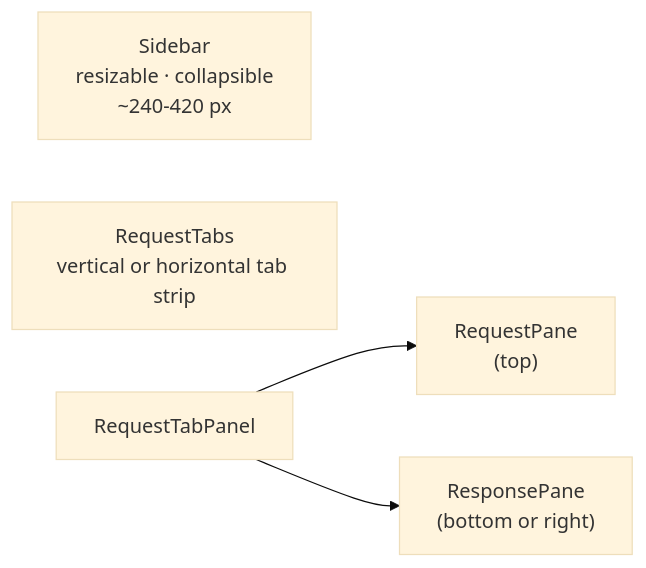
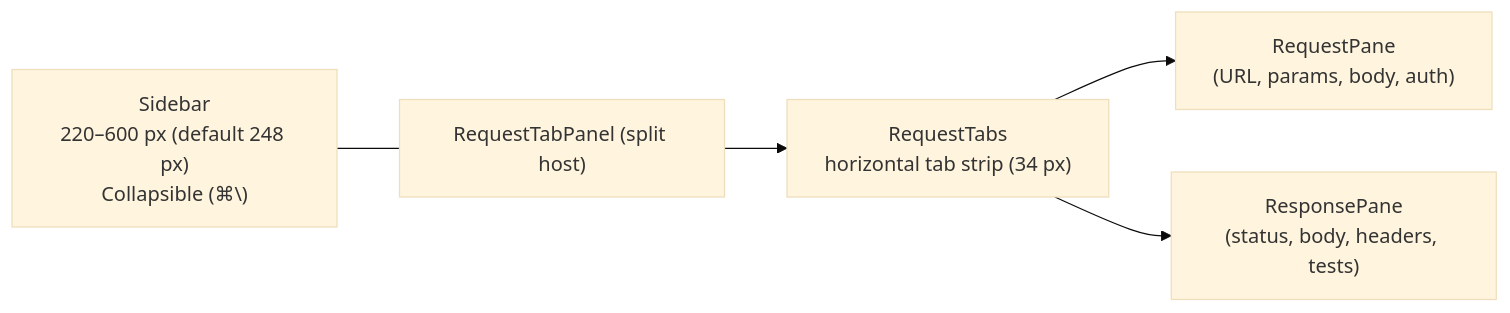
Before and after one commit to heisdezz/fearless: the diagram in docs/ui/application-layout.md, drawn with Mermaid (base theme). The commit also changed other lines of this file and 68 other files, not shown here.

````diff
--- a/docs/ui/application-layout.md
+++ b/docs/ui/application-layout.md
@@ -35,8 +76,13 @@
 ```mermaid
 flowchart LR
-    Sidebar["Sidebar<br/>resizable · collapsible<br/>~240-420 px"]
-    Tabs["RequestTabs<br/>vertical or horizontal tab strip"]
-    Panel["RequestTabPanel"]
-    Panel --> Req["RequestPane<br/>(top)"]
-    Panel --> Resp["ResponsePane<br/>(bottom or right)"]
+    Sidebar["Sidebar<br/>220–600 px (default 248 px)<br/>Collapsible (⌘\)"]
+    Tabs["RequestTabs<br/>horizontal tab strip (34 px)"]
+    Panel["RequestTabPanel (split host)"]
+    Req["RequestPane<br/>(URL, params, body, auth)"]
+    Resp["ResponsePane<br/>(status, body, headers, tests)"]
+
+    Sidebar --- Panel
+    Panel --> Tabs
+    Tabs --> Req
+    Tabs --> Resp
 ```
````
